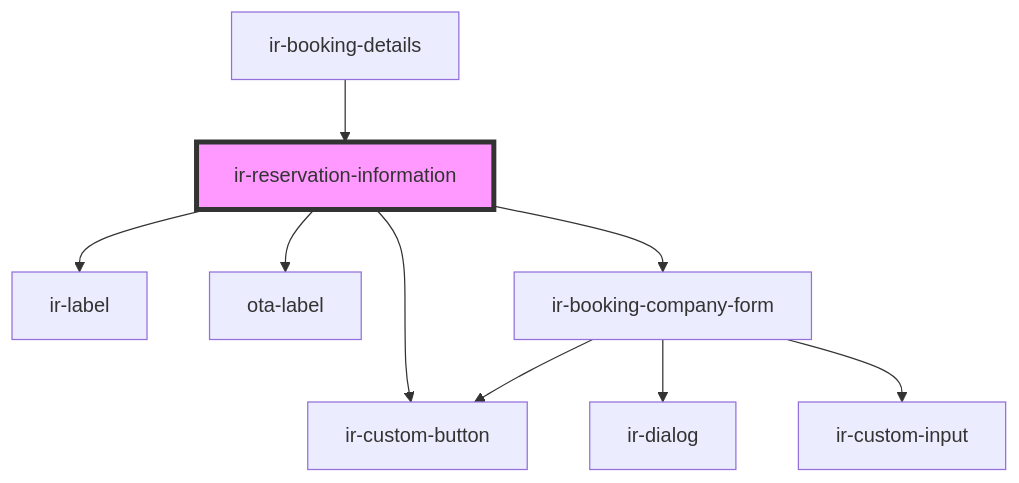
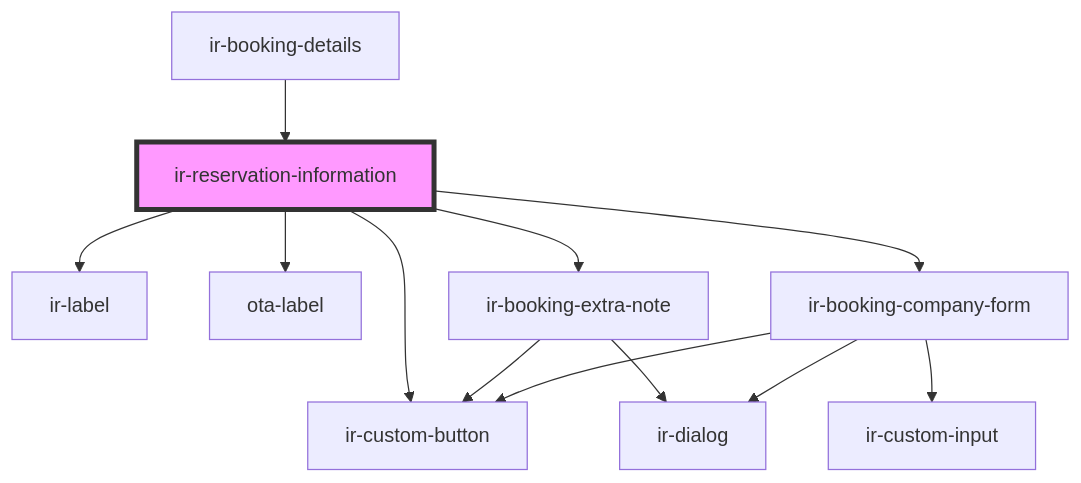
One commit to David1Chowaifaty/modified-ir-webcmp changed the diagram in src/components/ir-booking-details/ir-reservation-information/readme.md. Above: the diagram before and after it, drawn with Mermaid. The commit also changed other lines of this file and 77 other files, not shown here.

````diff
--- a/src/components/ir-booking-details/ir-reservation-information/readme.md
+++ b/src/components/ir-booking-details/ir-reservation-information/readme.md
@@ -37,12 +38,15 @@
 ```mermaid
 graph TD;
   ir-reservation-information --> ir-label
   ir-reservation-information --> ir-custom-button
   ir-reservation-information --> ota-label
+  ir-reservation-information --> ir-booking-extra-note
   ir-reservation-information --> ir-booking-company-form
+  ir-booking-extra-note --> ir-dialog
+  ir-booking-extra-note --> ir-custom-button
   ir-booking-company-form --> ir-dialog
   ir-booking-company-form --> ir-custom-input
   ir-booking-company-form --> ir-custom-button
   ir-booking-details --> ir-reservation-information
   style ir-reservation-information fill:#f9f,stroke:#333,stroke-width:4px
 ```
````
